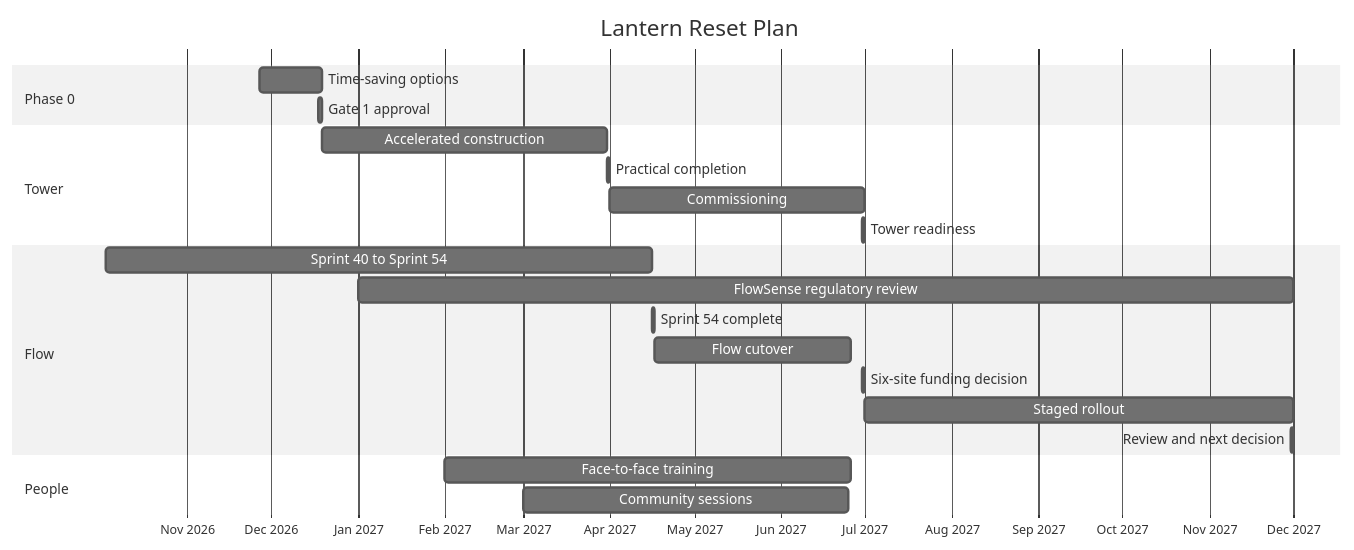
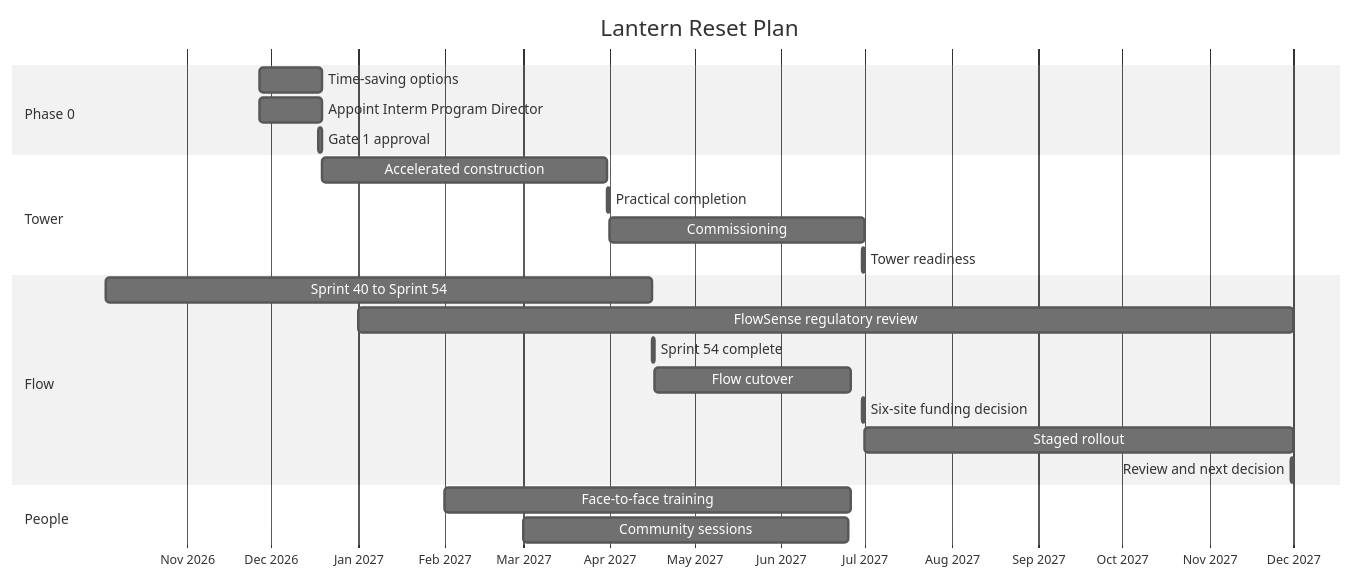
Before and after one commit to Clint485/Lantern: the diagram in Lantern_Reset_Gantt (1).md, drawn with Mermaid (neutral theme).

Commit message:
Update Lantern_Reset_Gantt (1).md

````diff
--- a/Lantern_Reset_Gantt (1).md
+++ b/Lantern_Reset_Gantt (1).md
@@ -1,29 +1,30 @@
 ```mermaid
 gantt
     title Lantern Reset Plan
     dateFormat YYYY-MM-DD
     axisFormat %b %Y
 
     section Phase 0
     Time-saving options :p0, 2026-11-27, 22d
+    Appoint Interm Program Director    :g1, 2026-11-27, 22d
     Gate 1 approval :g1, 2026-12-18, 1d
 
     section Tower
     Accelerated construction :tower, 2026-12-19, 102d
     Practical completion :g2, 2027-03-31, 1d
     Commissioning :commission, 2027-04-01, 91d
     Tower readiness :g3, 2027-06-30, 1d
 
     section Flow
     Sprint 40 to Sprint 54 :sprints, 2026-10-03, 195d
     FlowSense regulatory review :review, 2027-01-01, 334d
     Sprint 54 complete :g4, 2027-04-16, 1d
     Flow cutover :cutover, 2027-04-17, 70d
     Six-site funding decision :g5, 2027-06-30, 1d
     Staged rollout :rollout, 2027-07-01, 153d
     Review and next decision :g6, 2027-11-30, 1d
 
     section People
     Face-to-face training :training, 2027-02-01, 145d
     Community sessions :community, 2027-03-01, 116d
 ```
````
